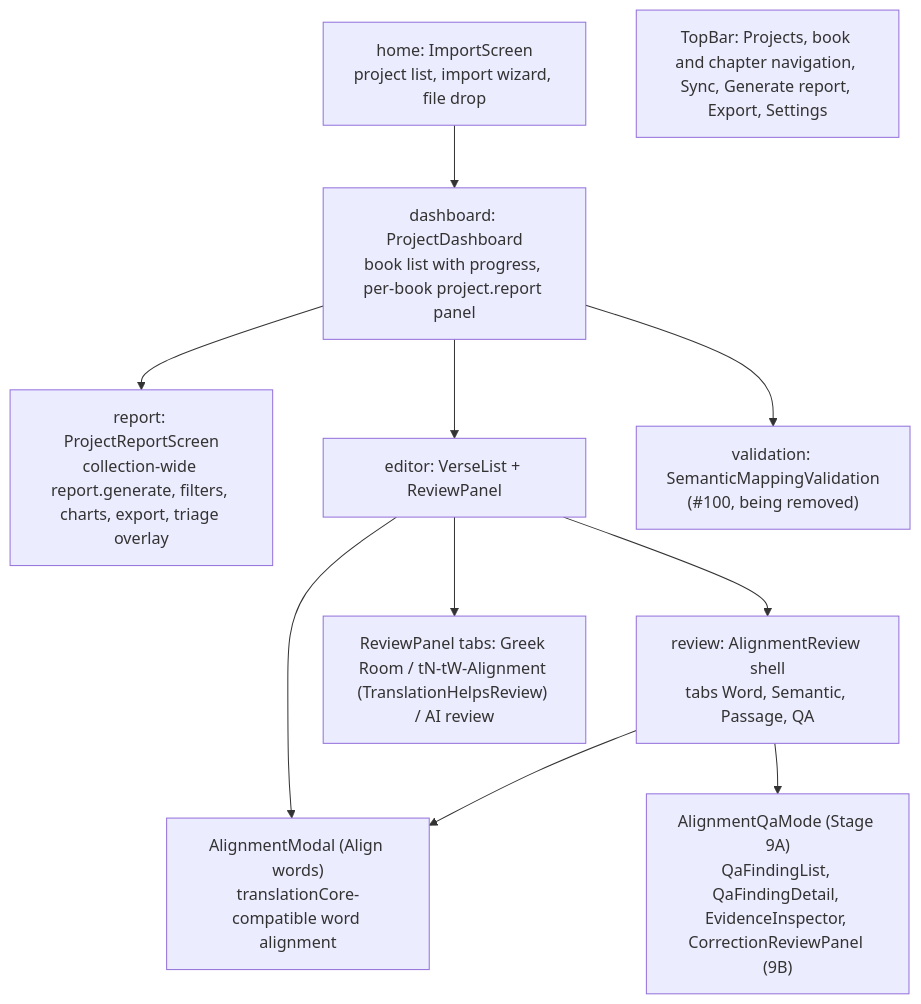
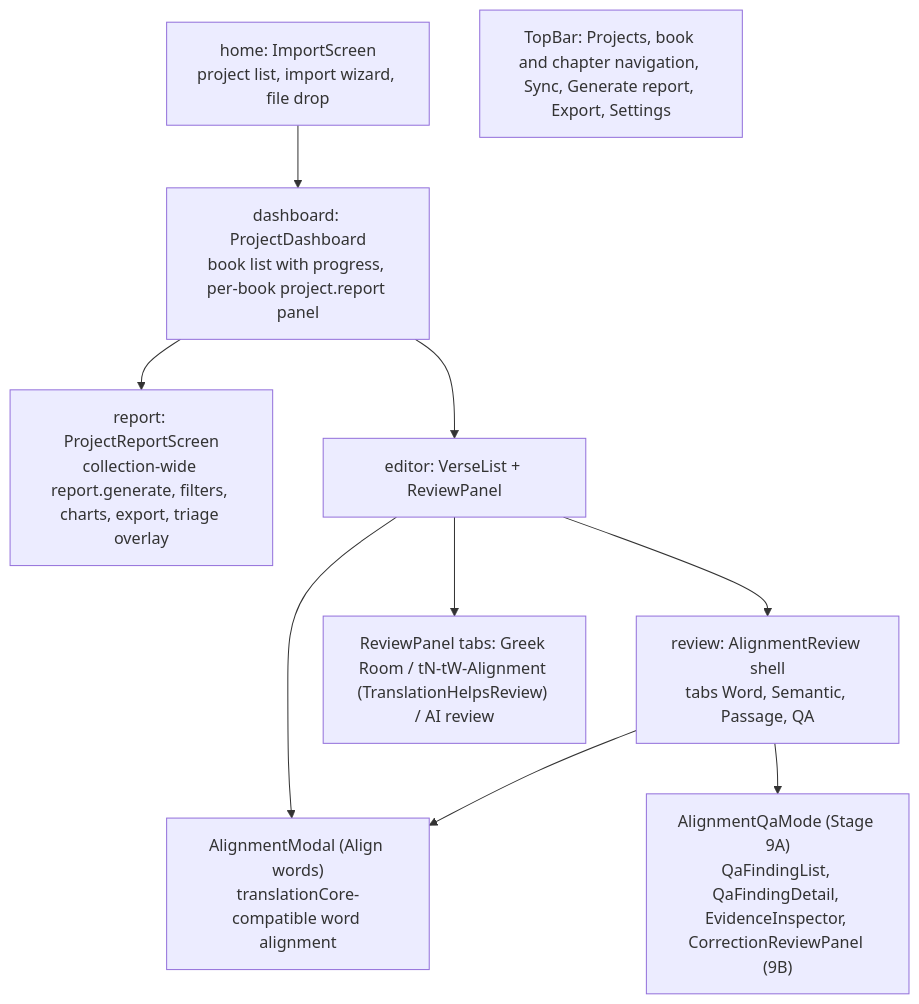
Before and after one commit to RevantCI/bridge: the fourth of 4 diagrams in docs/ARCHITECTURE.md, drawn with Mermaid. The commit also changed other lines of this file, not shown here.

First line of the commit message:
docs(architecture): the semantic validation queue is removed, not in progress (#100)

````diff
--- a/docs/ARCHITECTURE.md
+++ b/docs/ARCHITECTURE.md
@@ -168,13 +167,12 @@
 ```mermaid
 flowchart TB
   Home["home: ImportScreen<br/>project list, import wizard, file drop"] --> Dash
   Dash["dashboard: ProjectDashboard<br/>book list with progress, per-book project.report panel"] --> Report["report: ProjectReportScreen<br/>collection-wide report.generate, filters, charts, export, triage overlay"]
   Dash --> Editor["editor: VerseList + ReviewPanel"]
-  Dash --> Val["validation: SemanticMappingValidation<br/>(#100, being removed)"]
   Editor --> AR["review: AlignmentReview shell<br/>tabs Word, Semantic, Passage, QA"]
   Editor --> AM["AlignmentModal (Align words)<br/>translationCore-compatible word alignment"]
   AR --> AM
   Editor --> RPt["ReviewPanel tabs: Greek Room / tN-tW-Alignment (TranslationHelpsReview) / AI review"]
   AR --> QA["AlignmentQaMode (Stage 9A)<br/>QaFindingList, QaFindingDetail, EvidenceInspector, CorrectionReviewPanel (9B)"]
   Top["TopBar: Projects, book and chapter navigation, Sync, Generate report, Export, Settings"]
 ```
````
